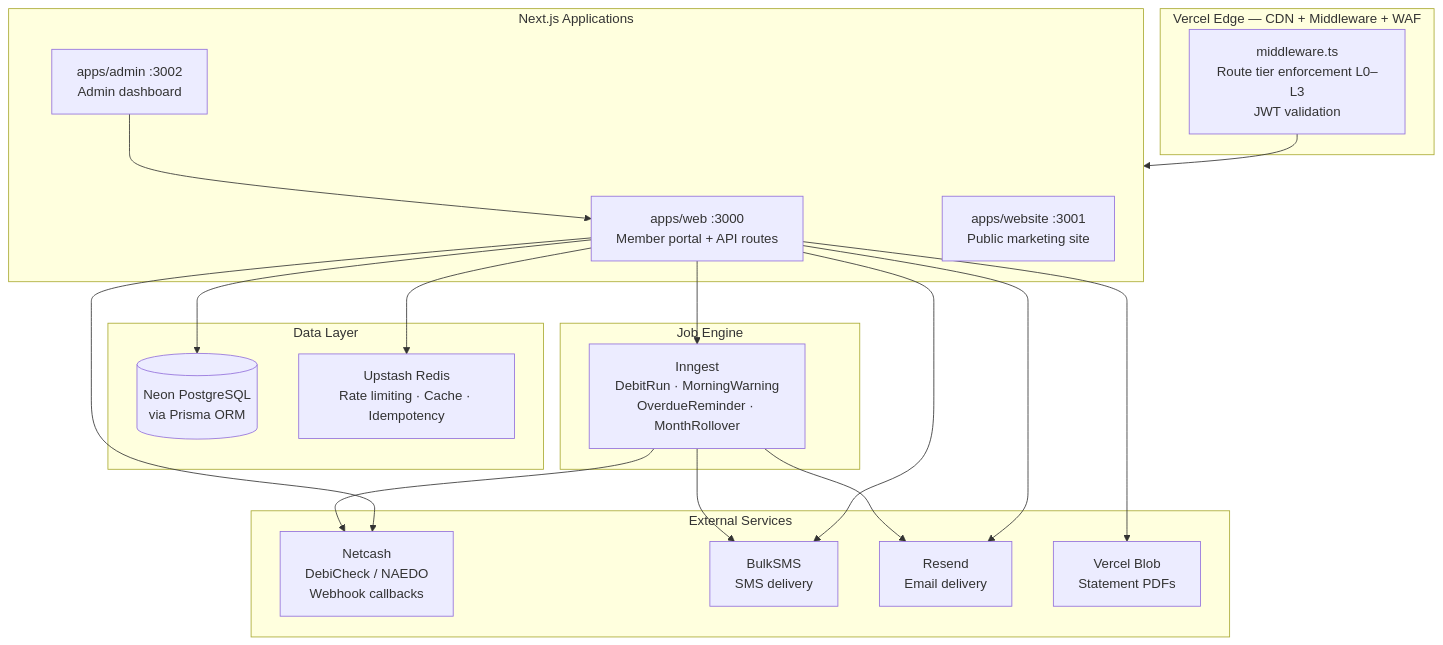
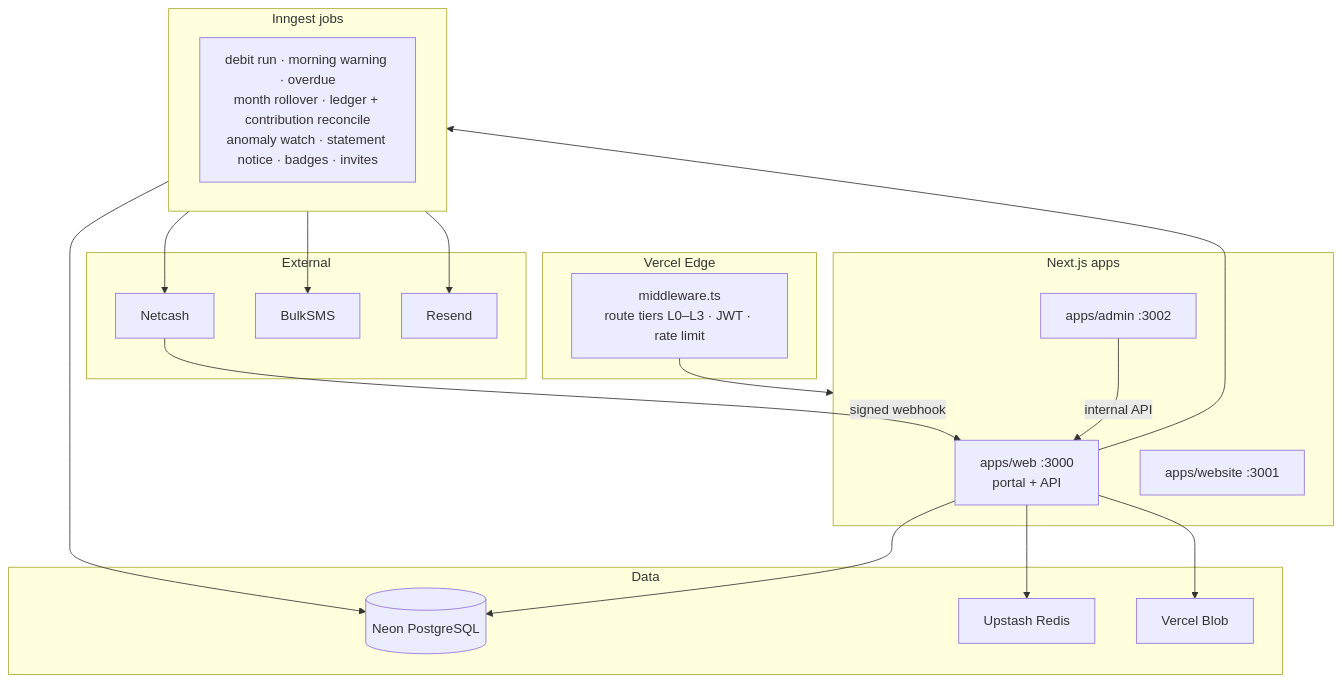
Before and after one commit to KSDRILL-SA/Xkimi-Xa-Mali: the second of 4 diagrams in docs/system-overview.md, drawn with Mermaid. The commit also changed other lines of this file and 2 other files, not shown here.

````diff
--- a/docs/system-overview.md
+++ b/docs/system-overview.md
@@ -119,35 +98,31 @@
 ```mermaid
 flowchart TD
-    subgraph EDGE["Vercel Edge — CDN + Middleware + WAF"]
-        MW["middleware.ts\nRoute tier enforcement L0–L3\nJWT validation"]
+    subgraph EDGE["Vercel Edge"]
+        MW["middleware.ts<br/>route tiers L0–L3 · JWT · rate limit"]
     end
-
-    subgraph APPS["Next.js Applications"]
-        WEB["apps/web :3000\nMember portal + API routes"]
-        ADMIN["apps/admin :3002\nAdmin dashboard"]
-        WEBSITE["apps/website :3001\nPublic marketing site"]
+    subgraph APPS["Next.js apps"]
+        WEB["apps/web :3000<br/>portal + API"]
+        ADMIN["apps/admin :3002"]
+        SITE["apps/website :3001"]
     end
-
-    subgraph DATA["Data Layer"]
-        NEON[("Neon PostgreSQL\nvia Prisma ORM")]
-        REDIS["Upstash Redis\nRate limiting · Cache · Idempotency"]
+    subgraph DATA["Data"]
+        NEON[("Neon PostgreSQL")]
+        REDIS["Upstash Redis"]
+        BLOB["Vercel Blob"]
     end
-
-    subgraph JOBS["Job Engine"]
-        INNGEST["Inngest\nDebitRun · MorningWarning\nOverdueReminder · MonthRollover"]
+    subgraph JOBS["Inngest jobs"]
+        J["debit run · morning warning · overdue<br/>month rollover · ledger + contribution reconcile<br/>anomaly watch · statement notice · badges · invites"]
     end
-
-    subgraph EXTERNAL["External Services"]
-        NETCASH["Netcash\nDebiCheck / NAEDO\nWebhook callbacks"]
-        BULKSMS["BulkSMS\nSMS delivery"]
-        RESEND["Resend\nEmail delivery"]
-        BLOB["Vercel Blob\nStatement PDFs"]
+    subgraph EXT["External"]
+        NETCASH["Netcash"]
+        BULKSMS["BulkSMS"]
+        RESEND["Resend"]
     end
 
     MW --> APPS
-    WEB --> NEON & REDIS
-    WEB --> INNGEST
-    INNGEST --> NETCASH & BULKSMS & RESEND
-    WEB --> NETCASH & BULKSMS & RESEND & BLOB
-    ADMIN --> WEB
+    WEB --> NEON & REDIS & BLOB
+    WEB --> JOBS
+    ADMIN -->|internal API| WEB
+    JOBS --> NEON & NETCASH & BULKSMS & RESEND
+    NETCASH -->|signed webhook| WEB
 ```
````
